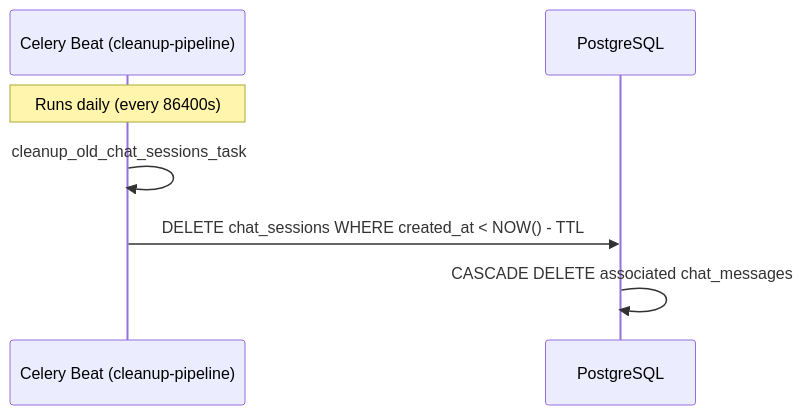
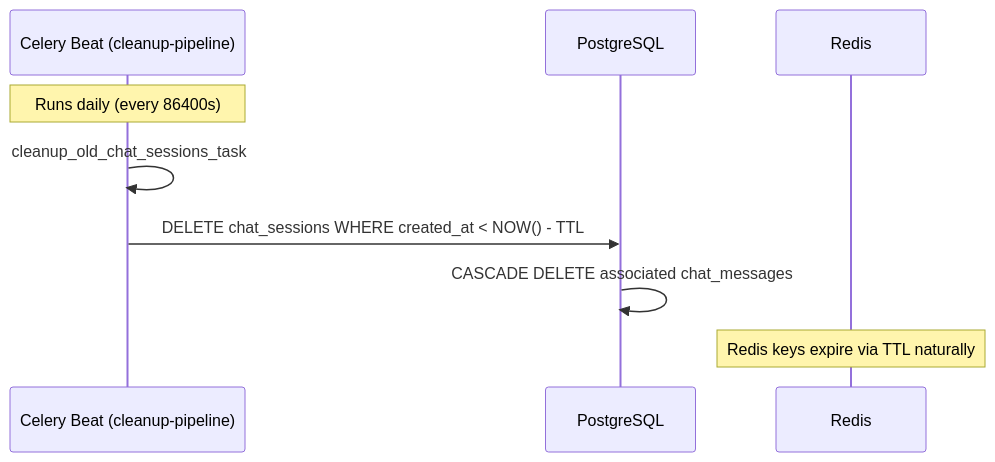
Before and after one commit to qtuanph/chatbot-rag: the fourth of 4 diagrams in docs/03_CORE_WORKFLOWS.md, drawn with Mermaid. The commit also changed other lines of this file and 77 other files, not shown here.

````diff
--- a/docs/03_CORE_WORKFLOWS.md
+++ b/docs/03_CORE_WORKFLOWS.md
@@ -209,10 +211,12 @@
 ```mermaid
 sequenceDiagram
     participant Beat as Celery Beat (cleanup-pipeline)
     participant DB as PostgreSQL
+    participant Redis
 
     Note over Beat: Runs daily (every 86400s)
     Beat->>Beat: cleanup_old_chat_sessions_task
     Beat->>DB: DELETE chat_sessions WHERE created_at < NOW() - TTL
     DB->>DB: CASCADE DELETE associated chat_messages
+    Note over Redis: Redis keys expire via TTL naturally
 ```
````
